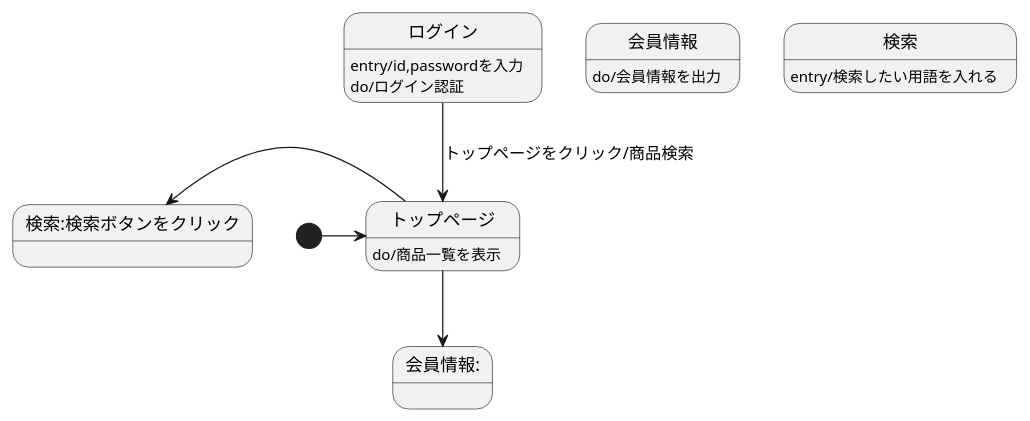
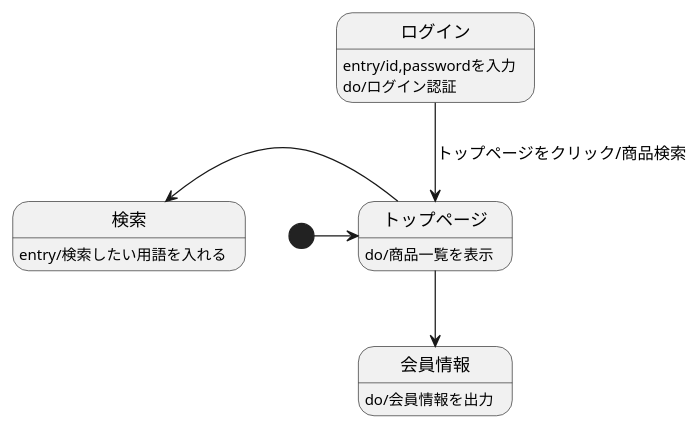
Before and after one commit to Aso2001224/2021sys-design: the diagram in 画面遷移図(original).md, drawn with PlantUML.

````diff
--- a/画面遷移図(original).md
+++ b/画面遷移図(original).md
@@ -1,13 +1,13 @@
 ```uml
 @startuml
 [*]->トップページ
 トップページ:do/商品一覧を表示
 ログイン-->トップページ:トップページをクリック/商品検索
 ログイン:entry/id,passwordを入力
 ログイン:do/ログイン認証
-トップページ-->会員情報:
+トップページ-->会員情報
 会員情報:do/会員情報を出力
-トップページ-left->検索:検索ボタンをクリック
+トップページ-left->検索
 検索:entry/検索したい用語を入れる
 @enduml
 ```
````
